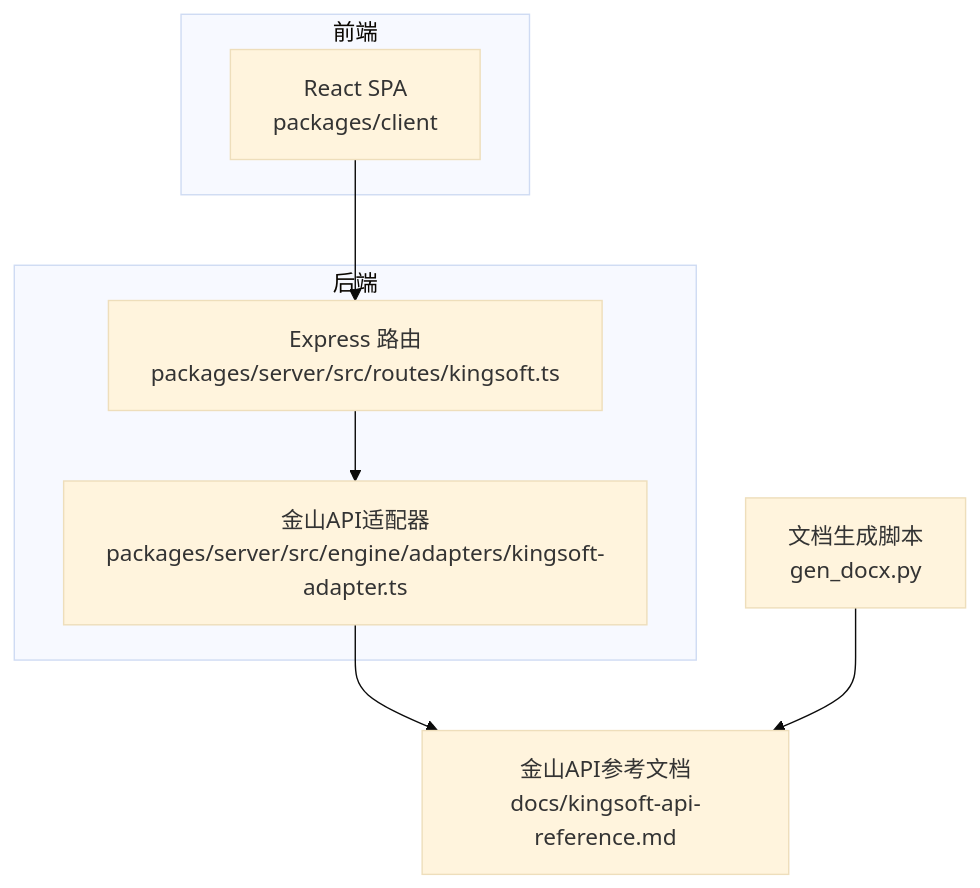
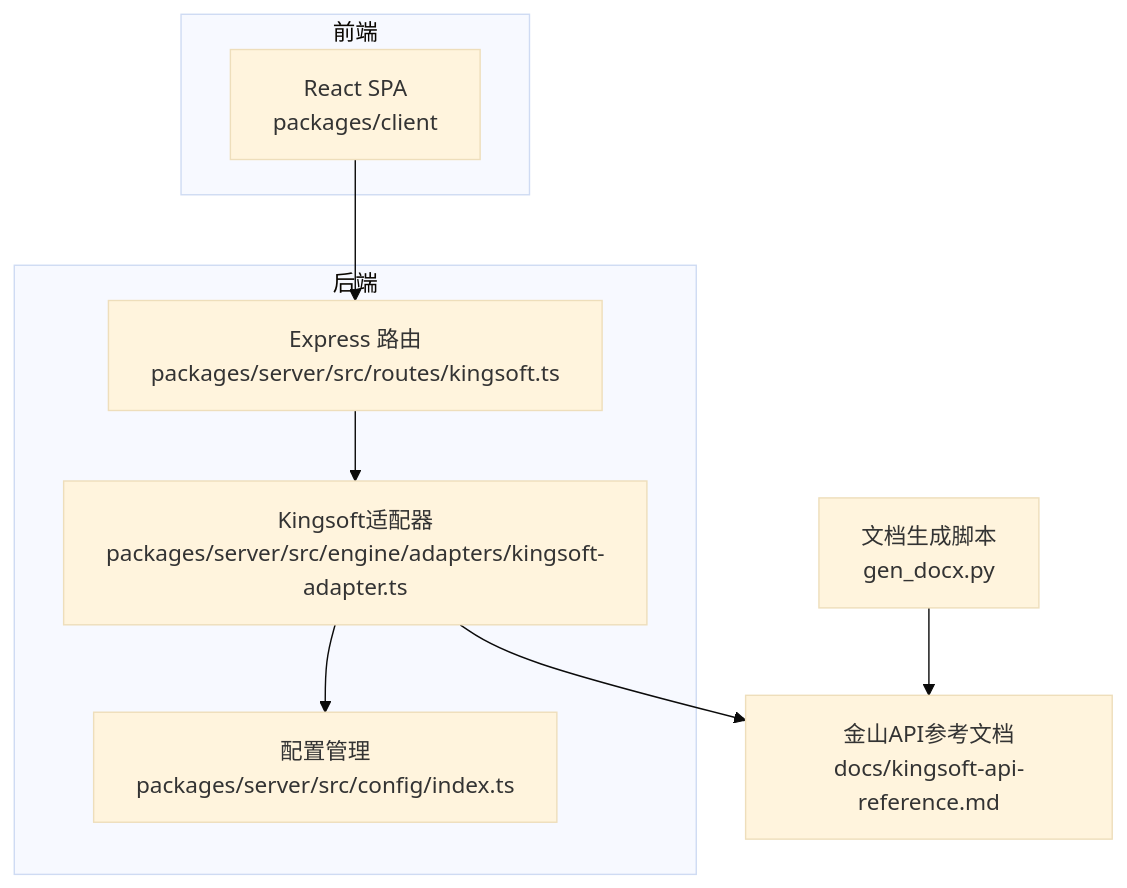
One commit to Ren-chao02/wps_dbsheet_examination_system changed the first of 7 diagrams in .qoder/repowiki/zh/content/验证引擎/金山API集成.md. Above: the diagram before and after it, drawn with Mermaid (base theme). The commit also changed other lines of this file and 64 other files, not shown here.

````diff
--- a/.qoder/repowiki/zh/content/验证引擎/金山API集成.md
+++ b/.qoder/repowiki/zh/content/验证引擎/金山API集成.md
@@ -42,16 +51,18 @@
 ```mermaid
 graph TB
 subgraph "前端"
 FE["React SPA<br/>packages/client"]
 end
 subgraph "后端"
 API["Express 路由<br/>packages/server/src/routes/kingsoft.ts"]
-ADP["金山API适配器<br/>packages/server/src/engine/adapters/kingsoft-adapter.ts"]
+ADP["Kingsoft适配器<br/>packages/server/src/engine/adapters/kingsoft-adapter.ts"]
+CFG["配置管理<br/>packages/server/src/config/index.ts"]
 end
 DOC["金山API参考文档<br/>docs/kingsoft-api-reference.md"]
 GEN["文档生成脚本<br/>gen_docx.py"]
 FE --> API
 API --> ADP
+ADP --> CFG
 ADP --> DOC
 GEN --> DOC
 ```
````
